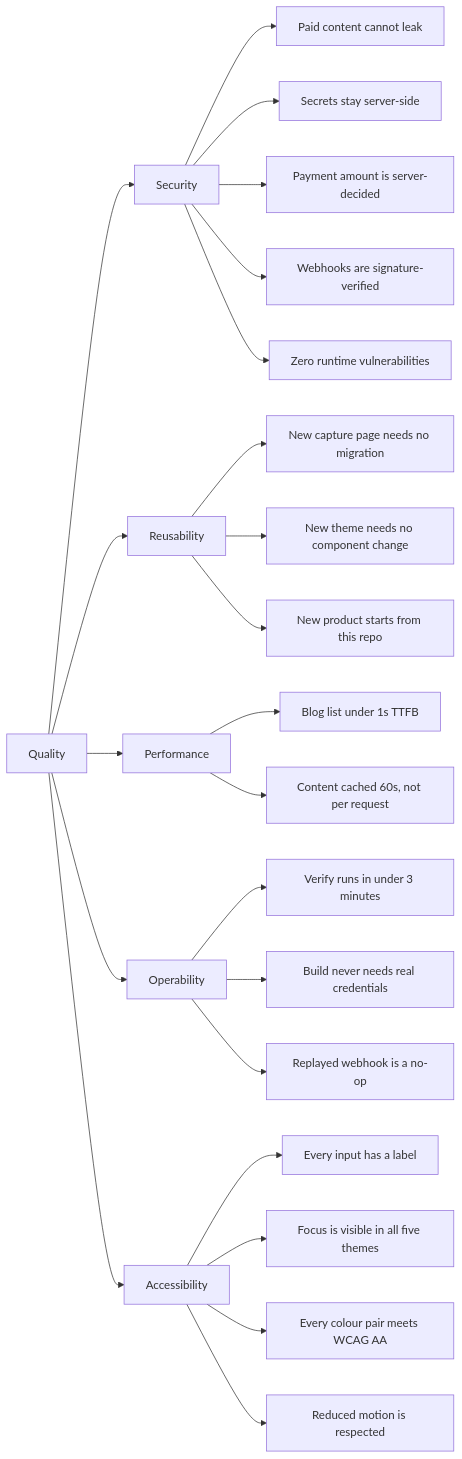
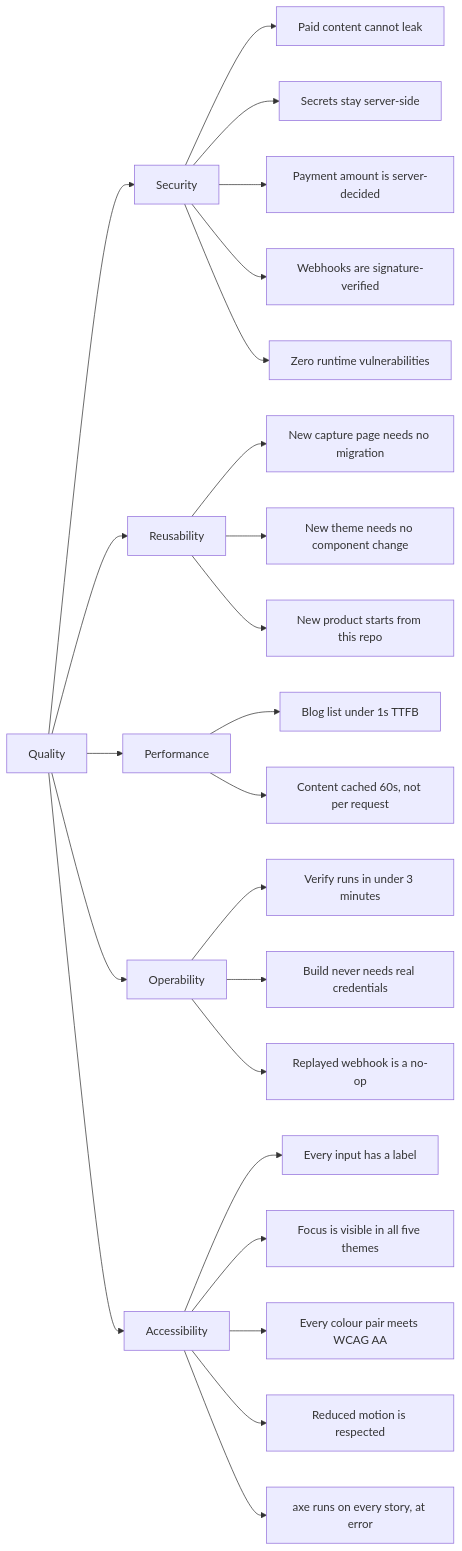
The diagram in docs/arc42/10-quality-requirements.md (arqui-dev/sweai-base-apps), drawn with Mermaid before and after one commit. The commit also changed other lines of this file and 11 other files, not shown here.

````diff
--- a/docs/arc42/10-quality-requirements.md
+++ b/docs/arc42/10-quality-requirements.md
@@ -5,30 +5,31 @@
 ```mermaid
 flowchart LR
   Q[Quality] --> SEC[Security]
   Q --> REU[Reusability]
   Q --> PERF[Performance]
   Q --> OPS[Operability]
   Q --> A11Y[Accessibility]
 
   SEC --> S1[Paid content cannot leak]
   SEC --> S2[Secrets stay server-side]
   SEC --> S3[Payment amount is server-decided]
   SEC --> S4[Webhooks are signature-verified]
   SEC --> S5[Zero runtime vulnerabilities]
 
   REU --> R1[New capture page needs no migration]
   REU --> R2[New theme needs no component change]
   REU --> R3[New product starts from this repo]
 
   PERF --> P1[Blog list under 1s TTFB]
   PERF --> P2[Content cached 60s, not per request]
 
   OPS --> O1[Verify runs in under 3 minutes]
   OPS --> O2[Build never needs real credentials]
   OPS --> O3[Replayed webhook is a no-op]
 
   A11Y --> A1[Every input has a label]
   A11Y --> A2[Focus is visible in all five themes]
   A11Y --> A4[Every colour pair meets WCAG AA]
   A11Y --> A3[Reduced motion is respected]
+  A11Y --> A5[axe runs on every story, at error]
 ```
````
